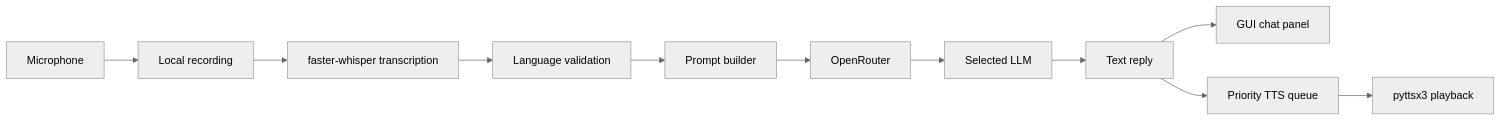
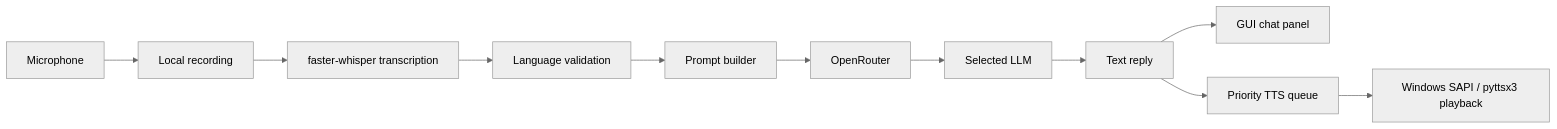
One commit to CS731-2026/project-1-emotion-aware-chatbot-team-6 changed the second of 2 diagrams in README.md. Above: the diagram before and after it, drawn with Mermaid (neutral theme). The commit also changed other lines of this file and 4 other files, not shown here.

````diff
--- a/README.md
+++ b/README.md
@@ -223,13 +231,13 @@
 ```mermaid
 flowchart LR
     A["Microphone"] --> B["Local recording"]
     B --> C["faster-whisper transcription"]
     C --> D["Language validation"]
     D --> E["Prompt builder"]
     E --> F["OpenRouter"]
     F --> G["Selected LLM"]
     G --> H["Text reply"]
     H --> I["GUI chat panel"]
     H --> J["Priority TTS queue"]
-    J --> K["pyttsx3 playback"]
+    J --> K["Windows SAPI / pyttsx3 playback"]
 ```
````
